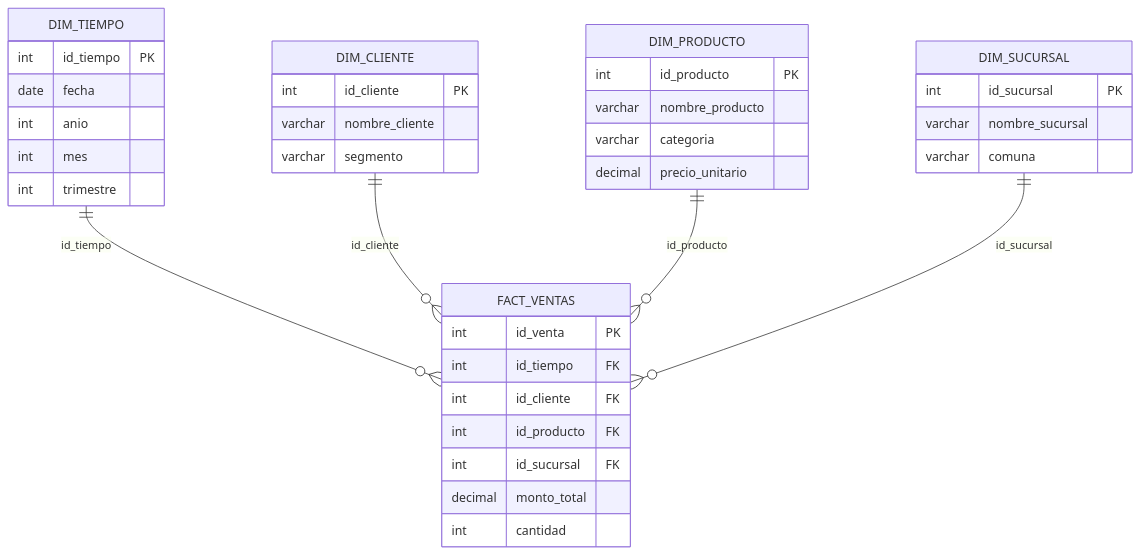
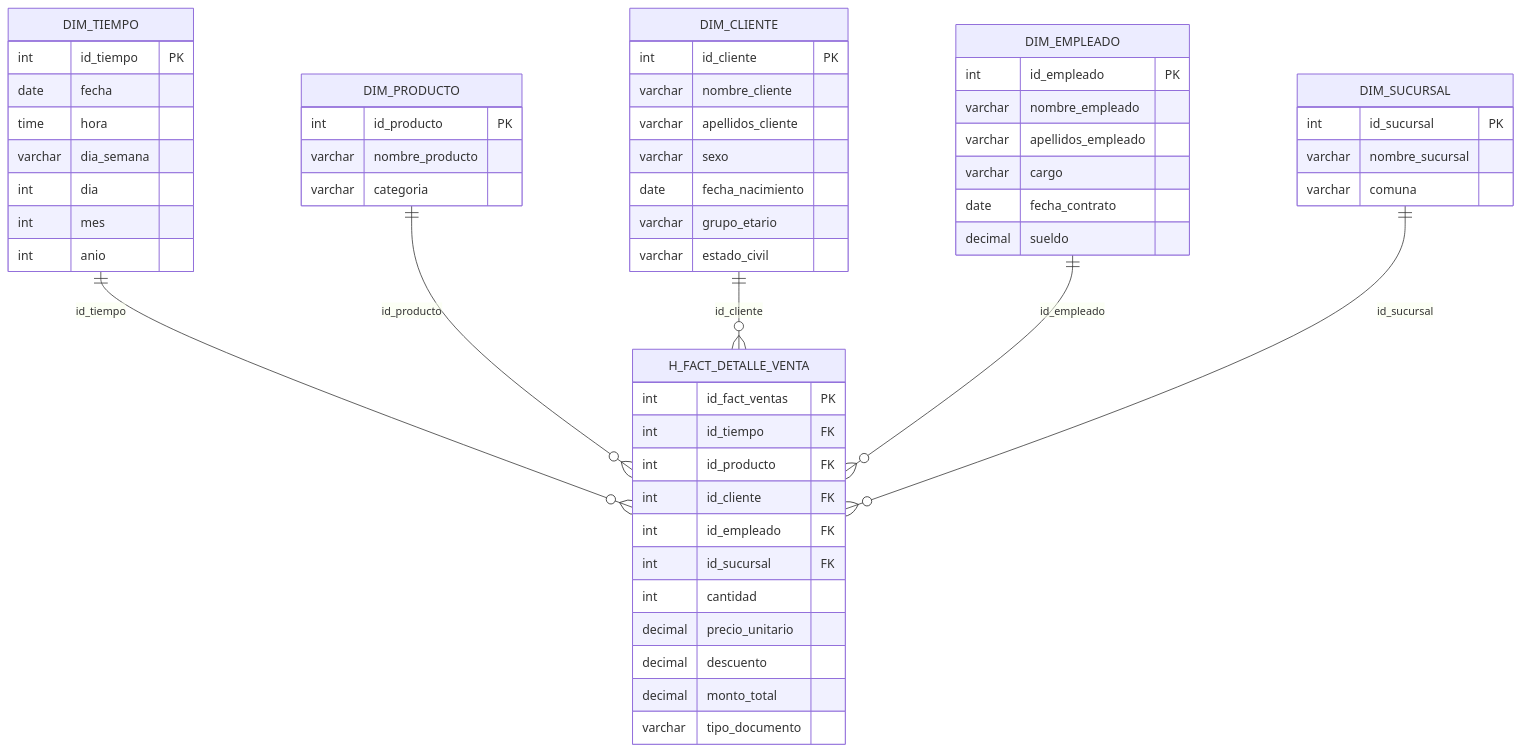
Before and after one commit to CristobalCarvacho115/proyecto-tsi: the diagram in README.md, drawn with Mermaid.

````diff
--- a/README.md
+++ b/README.md
@@ -1,44 +1,63 @@
 ```mermaid
 erDiagram
-    DIM_TIEMPO ||--o{ FACT_VENTAS : "id_tiempo"
-    DIM_CLIENTE ||--o{ FACT_VENTAS : "id_cliente"
-    DIM_PRODUCTO ||--o{ FACT_VENTAS : "id_producto"
-    DIM_SUCURSAL ||--o{ FACT_VENTAS : "id_sucursal"
+    DIM_TIEMPO ||--o{ H_FACT_DETALLE_VENTA : "id_tiempo"
+    DIM_PRODUCTO ||--o{ H_FACT_DETALLE_VENTA : "id_producto"
+    DIM_CLIENTE ||--o{ H_FACT_DETALLE_VENTA : "id_cliente"
+    DIM_EMPLEADO ||--o{ H_FACT_DETALLE_VENTA : "id_empleado"
+    DIM_SUCURSAL ||--o{ H_FACT_DETALLE_VENTA : "id_sucursal"
 
-    FACT_VENTAS {
-        int id_venta PK
+    H_FACT_DETALLE_VENTA {
+        int id_fact_ventas PK
         int id_tiempo FK
+        int id_producto FK
         int id_cliente FK
-        int id_producto FK
+        int id_empleado FK
         int id_sucursal FK
+        int cantidad
+        decimal precio_unitario
+        decimal descuento
         decimal monto_total
-        int cantidad
+        varchar tipo_documento
+    }
+
+    DIM_TIEMPO {
+        int id_tiempo PK
+        date fecha
+        time hora
+        varchar dia_semana
+        int dia
+        int mes
+        int anio
     }
 
     DIM_PRODUCTO {
         int id_producto PK
         varchar nombre_producto
         varchar categoria
-        decimal precio_unitario
+    }
+
+    DIM_EMPLEADO {
+        int id_empleado PK
+        varchar nombre_empleado
+        varchar apellidos_empleado
+        varchar cargo
+        date fecha_contrato
+        decimal sueldo
     }
 
     DIM_CLIENTE {
         int id_cliente PK
         varchar nombre_cliente
-        varchar segmento
-    }
-
-    DIM_TIEMPO {
-        int id_tiempo PK
-        date fecha
-        int anio
-        int mes
-        int trimestre
+        varchar apellidos_cliente
+        varchar sexo
+        date fecha_nacimiento
+        varchar grupo_etario
+        varchar estado_civil
     }
 
     DIM_SUCURSAL {
         int id_sucursal PK
         varchar nombre_sucursal
         varchar comuna
     }
 ```
````
